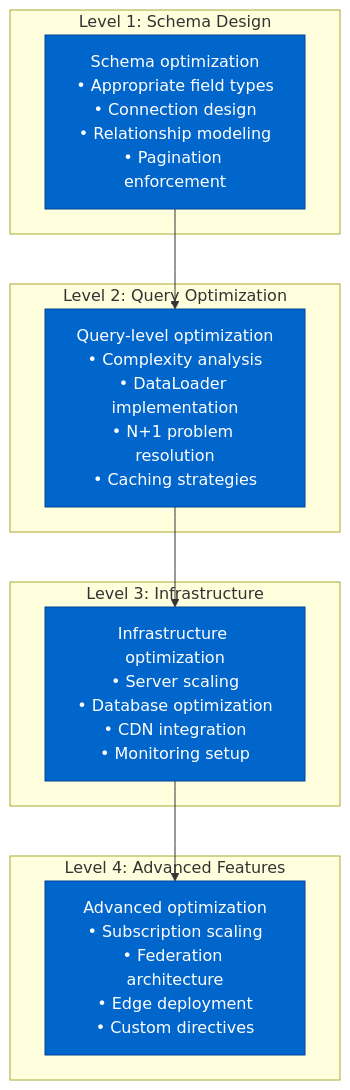
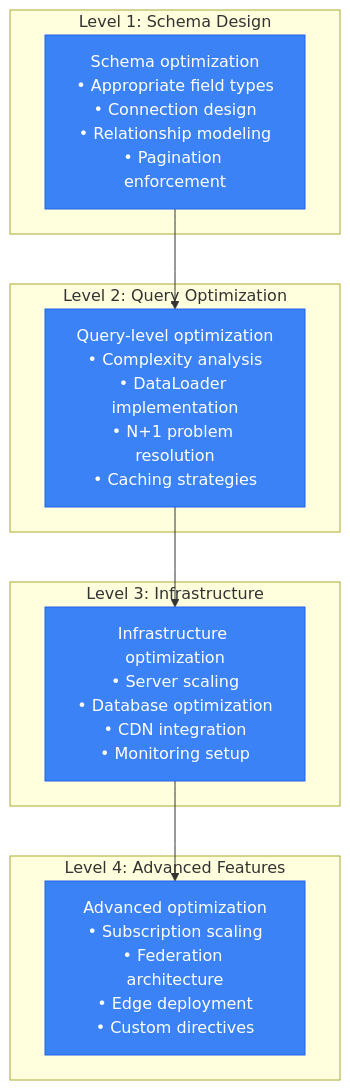
One commit to deepaucksharma/DS changed diagram 12 of 12 in site/docs/performance/graphql-performance-profile.md. Above: the diagram before and after it, drawn with Mermaid. The commit also changed other lines of this file and 303 other files, not shown here.

````diff
--- a/site/docs/performance/graphql-performance-profile.md
+++ b/site/docs/performance/graphql-performance-profile.md
@@ -452,24 +452,24 @@
 ```mermaid
 graph TB
     subgraph "Level 1: Schema Design"
         L1[Schema optimization<br/>• Appropriate field types<br/>• Connection design<br/>• Relationship modeling<br/>• Pagination enforcement]
     end
 
     subgraph "Level 2: Query Optimization"
         L2[Query-level optimization<br/>• Complexity analysis<br/>• DataLoader implementation<br/>• N+1 problem resolution<br/>• Caching strategies]
     end
 
     subgraph "Level 3: Infrastructure"
         L3[Infrastructure optimization<br/>• Server scaling<br/>• Database optimization<br/>• CDN integration<br/>• Monitoring setup]
     end
 
     subgraph "Level 4: Advanced Features"
         L4[Advanced optimization<br/>• Subscription scaling<br/>• Federation architecture<br/>• Edge deployment<br/>• Custom directives]
     end
 
     L1 --> L2 --> L3 --> L4
 
-    classDef levelStyle fill:#0066CC,stroke:#004499,color:#fff
+    classDef levelStyle fill:#3B82F6,stroke:#2563EB,color:#fff
 
     class L1,L2,L3,L4 levelStyle
 ```
````
